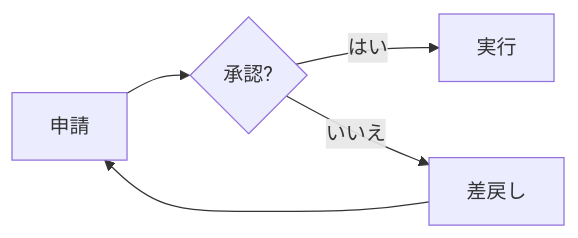
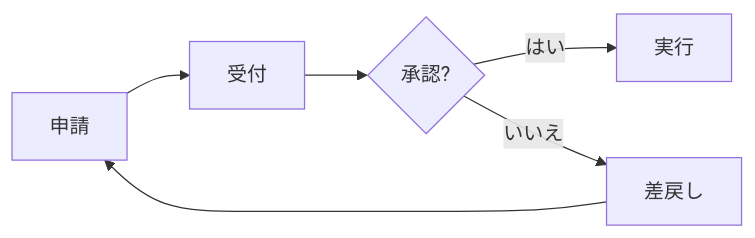
One commit to RyusukeKimura/mermaid-examples changed the diagram in approval-workflow.mmd. Above: the diagram before and after it, drawn with Mermaid. The commit also changed 1 other file, not shown here.

```diff
--- a/approval-workflow.mmd
+++ b/approval-workflow.mmd
@@ -1,5 +1,6 @@
 flowchart LR
-  A[申請] --> B{承認?}
+  A[申請] --> E[受付]
+  E --> B{承認?}
   B -->|はい| C[実行]
   B -->|いいえ| D[差戻し]
   D --> A
```
